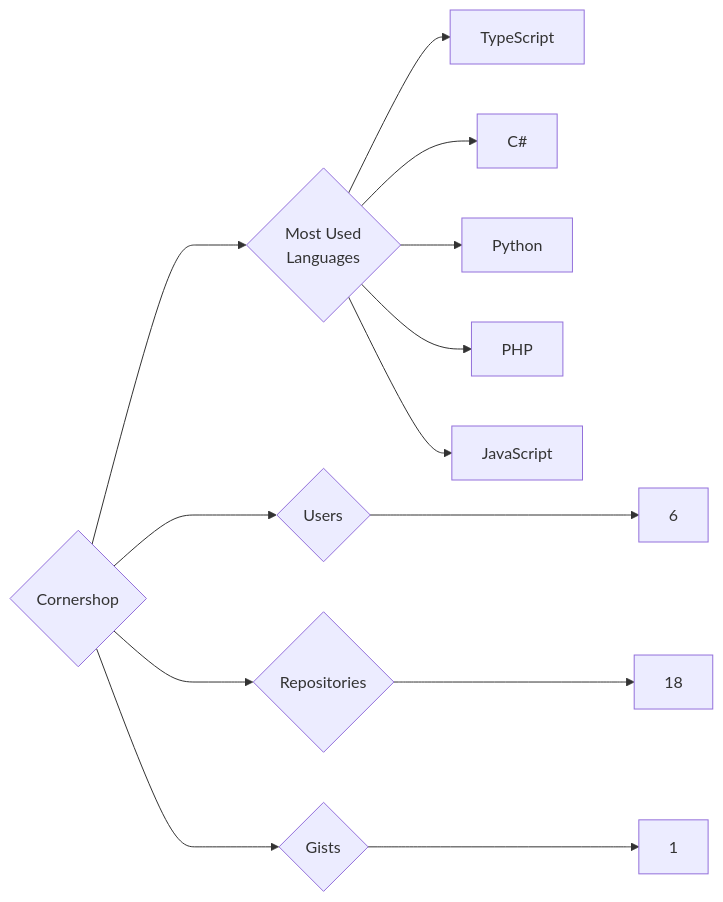
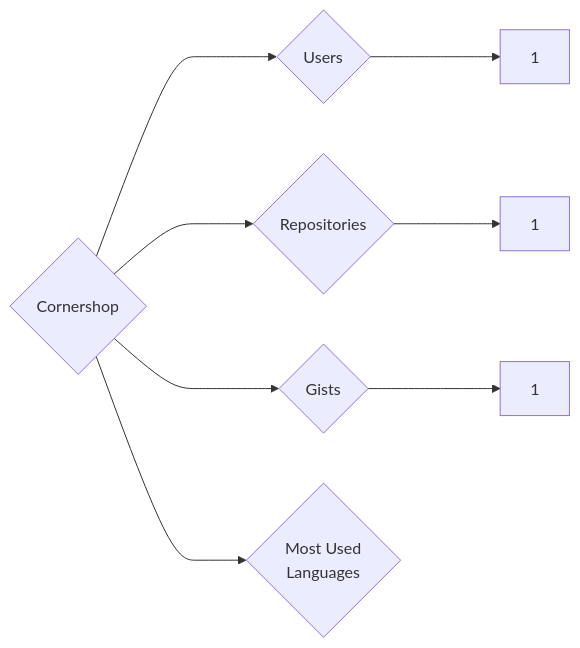
The diagram in targets/Cornershop/README.md (trickest/insiders), drawn with Mermaid before and after one commit. The commit also changed 1078 other files, not shown here.

````diff
--- a/targets/Cornershop/README.md
+++ b/targets/Cornershop/README.md
@@ -3,13 +3,8 @@
 ```mermaid
 graph LR
 COMPANY_NAME{Cornershop}
-COMPANY_NAME ---> U{Users} ---> UN[6]
-COMPANY_NAME ---> R{Repositories} ---> RN[18]
+COMPANY_NAME ---> U{Users} ---> UN[1]
+COMPANY_NAME ---> R{Repositories} ---> RN[1]
 COMPANY_NAME ---> G{Gists} ---> GN[1]
 COMPANY_NAME ---> ML{Most Used<br>Languages}
-ML --> TypeScript[TypeScript]
-ML --> C#[C#]
-ML --> Python[Python]
-ML --> PHP[PHP]
-ML --> JavaScript[JavaScript]
 ```
````
